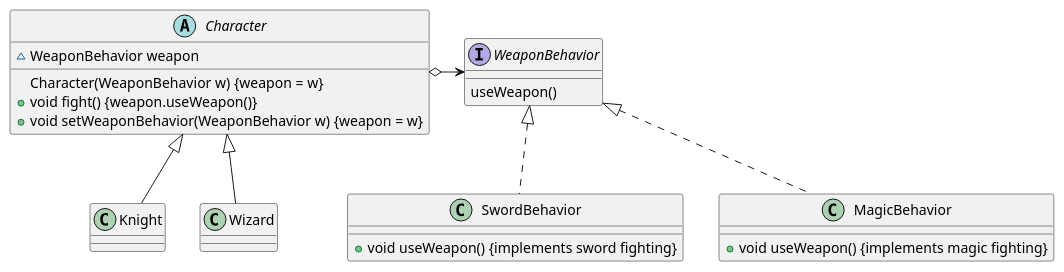
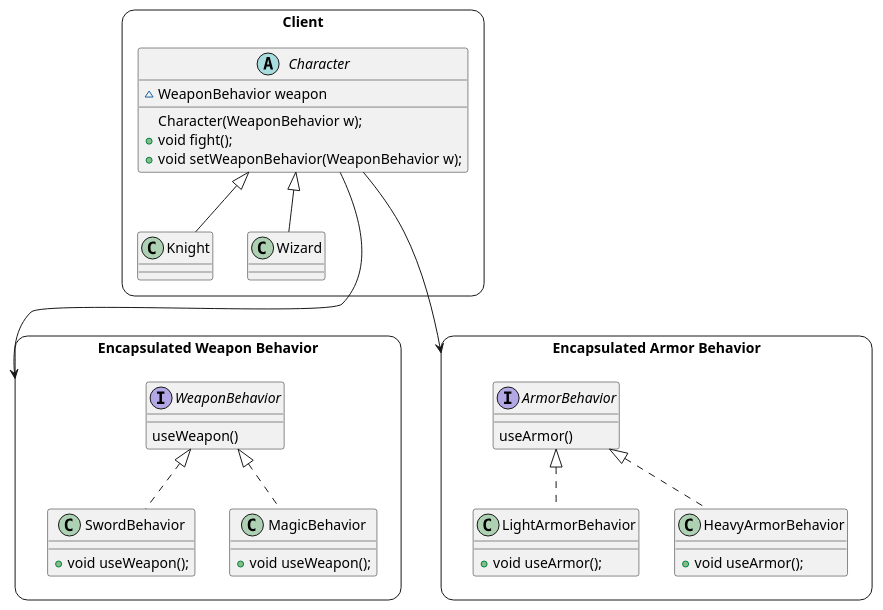
The diagram in UML/strategy.puml (azdanov/design-patterns), drawn with PlantUML before and after one commit. The commit also changed 4 other files, not shown here.

```diff
--- a/UML/strategy.puml
+++ b/UML/strategy.puml
@@ -1,27 +1,53 @@
 @startuml Strategy
-abstract class Character {
-  {field} ~WeaponBehavior weapon
-  {method} Character(WeaponBehavior w) {weapon = w}
-  {method} +void fight() {weapon.useWeapon()}
-  {method} +void setWeaponBehavior(WeaponBehavior w) {weapon = w}
+
+skinparam rectangle {
+  roundCorner 25
 }
 
-class Knight extends Character
+rectangle "Client" {
+  abstract class Character {
+    {field} ~WeaponBehavior weapon
+    {method} Character(WeaponBehavior w);
+    {method} +void fight();
+    {method} +void setWeaponBehavior(WeaponBehavior w);
+  }
 
-class Wizard extends Character
+  class Knight extends Character
 
-interface WeaponBehavior {
-  {method} useWeapon()
+  class Wizard extends Character
 }
 
-class SwordBehavior implements WeaponBehavior {
-  {method} +void useWeapon() {implements sword fighting}
+together {
+  rectangle "Encapsulated Weapon Behavior" {
+    interface WeaponBehavior {
+      {method} useWeapon()
+    }
+
+    class SwordBehavior implements WeaponBehavior {
+      {method} +void useWeapon();
+    }
+
+    class MagicBehavior implements WeaponBehavior {
+      {method} +void useWeapon();
+    }
+  }
+
+  rectangle "Encapsulated Armor Behavior" {
+    interface ArmorBehavior {
+      {method} useArmor()
+    }
+
+    class LightArmorBehavior implements ArmorBehavior {
+      {method} +void useArmor();
+    }
+
+    class HeavyArmorBehavior implements ArmorBehavior {
+      {method} +void useArmor();
+    }
+  }
 }
 
-class MagicBehavior implements WeaponBehavior {
-  {method} +void useWeapon() {implements magic fighting}
-}
-
-Character o-> WeaponBehavior
-
+Character --> "Encapsulated Weapon Behavior"
+Character --> "Encapsulated Armor Behavior"
+Character -[hidden]--> ArmorBehavior
 @enduml
```
